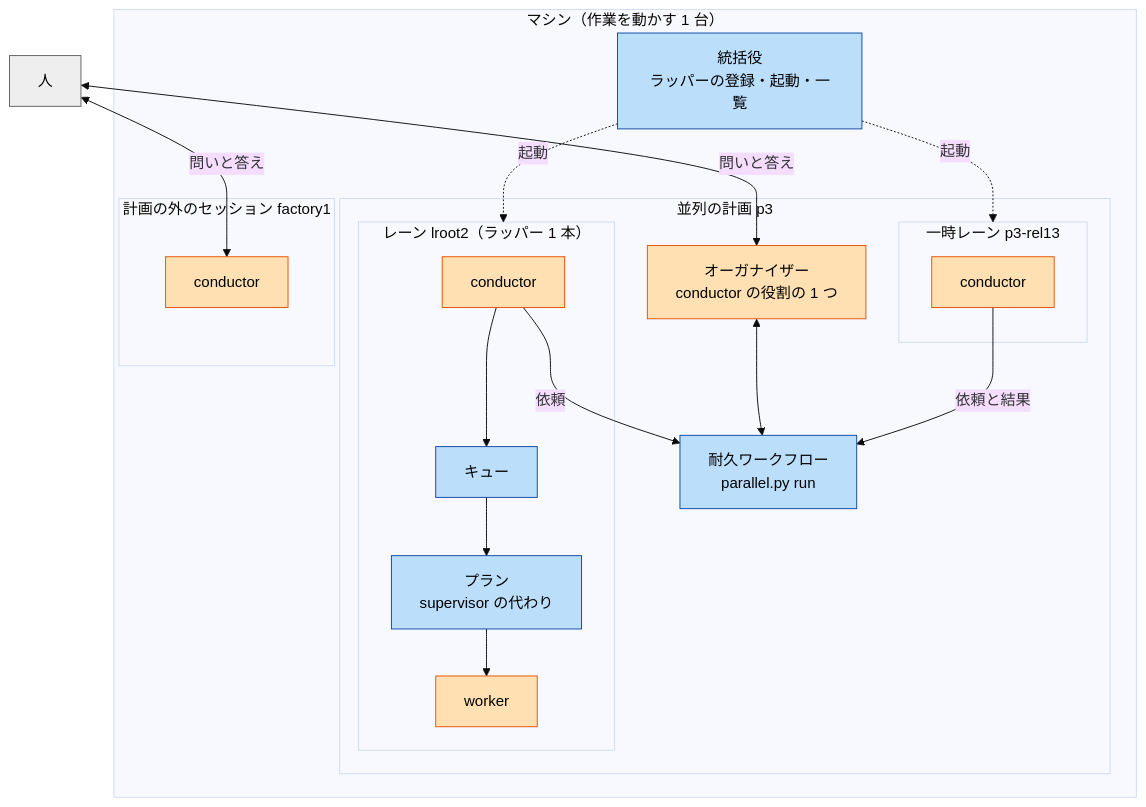
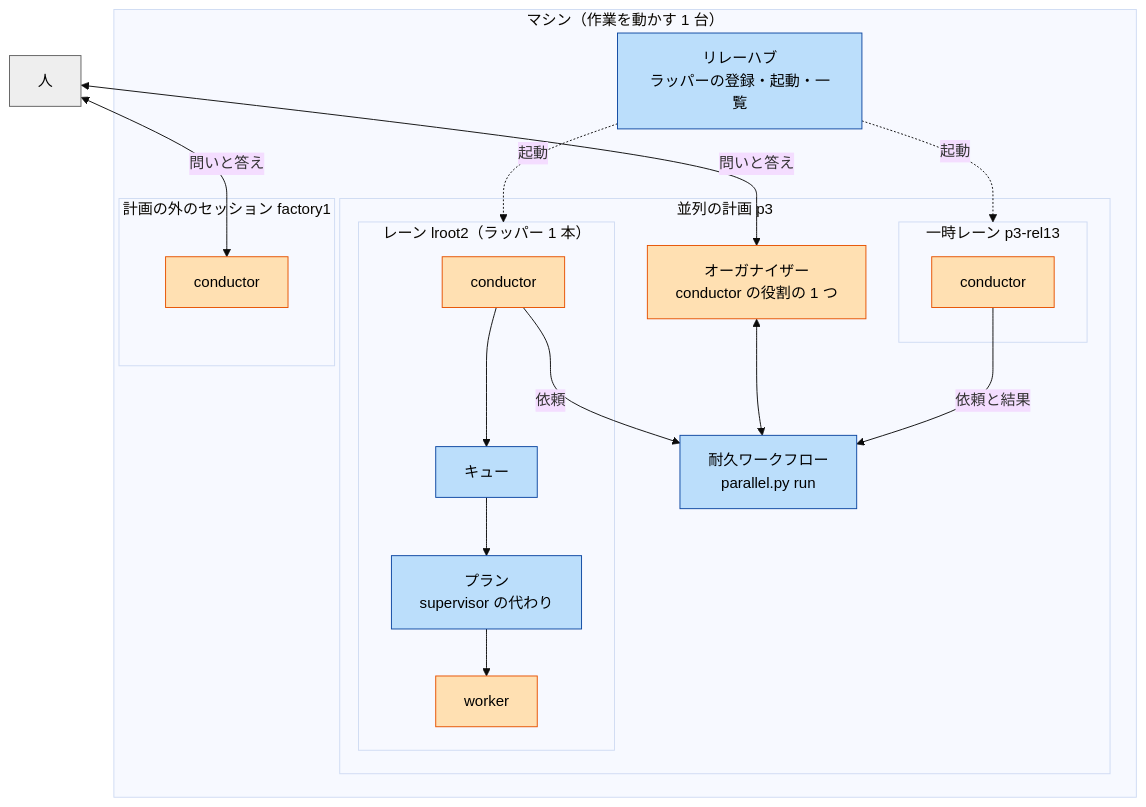
One commit to devbasex/ai-plugins changed the first of 4 diagrams in docs/ndf-parallel-model.md. Above: the diagram before and after it, drawn with Mermaid (base theme). The commit also changed other lines of this file, not shown here.

````diff
--- a/docs/ndf-parallel-model.md
+++ b/docs/ndf-parallel-model.md
@@ -26,38 +26,38 @@
 ```mermaid
 flowchart TB
     H["人"]
     subgraph M["マシン（作業を動かす 1 台）"]
-        HUB["統括役<br/>ラッパーの登録・起動・一覧"]
+        HUB["リレーハブ<br/>ラッパーの登録・起動・一覧"]
         subgraph P["並列の計画 p3"]
             O["オーガナイザー<br/>conductor の役割の 1 つ"]
             DW["耐久ワークフロー<br/>parallel.py run"]
             subgraph L1["レーン lroot2（ラッパー 1 本）"]
                 C1["conductor"]
                 Q1["キュー"]
                 PL1["プラン<br/>supervisor の代わり"]
                 W1["worker"]
             end
             subgraph L2["一時レーン p3-rel13"]
                 C2["conductor"]
             end
         end
         subgraph X["計画の外のセッション factory1"]
             C3["conductor"]
         end
     end
     H <-->|"問いと答え"| O
     H <-->|"問いと答え"| C3
     O <--> DW
     C1 -->|"依頼"| DW
     C2 -->|"依頼と結果"| DW
     C1 --> Q1 --> PL1 --> W1
     HUB -.->|"起動"| L1
     HUB -.->|"起動"| L2
     classDef ai fill:#ffe0b2,stroke:#e65100,color:#000
     classDef script fill:#bbdefb,stroke:#0d47a1,color:#000
     classDef mixed fill:#e1bee7,stroke:#4a148c,color:#000
     classDef other fill:#eeeeee,stroke:#616161,color:#000
     class O,C1,C2,C3,W1 ai
     class HUB,DW,Q1,PL1 script
     class H other
 ```
````
